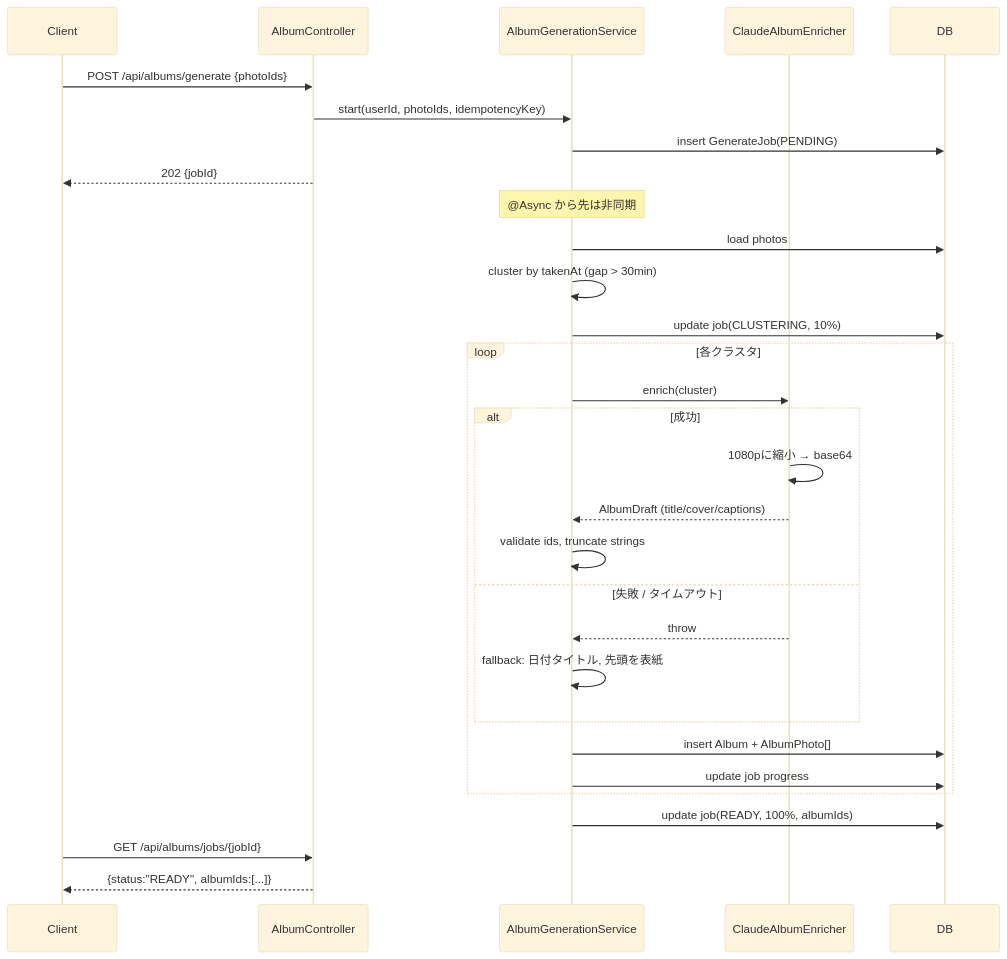
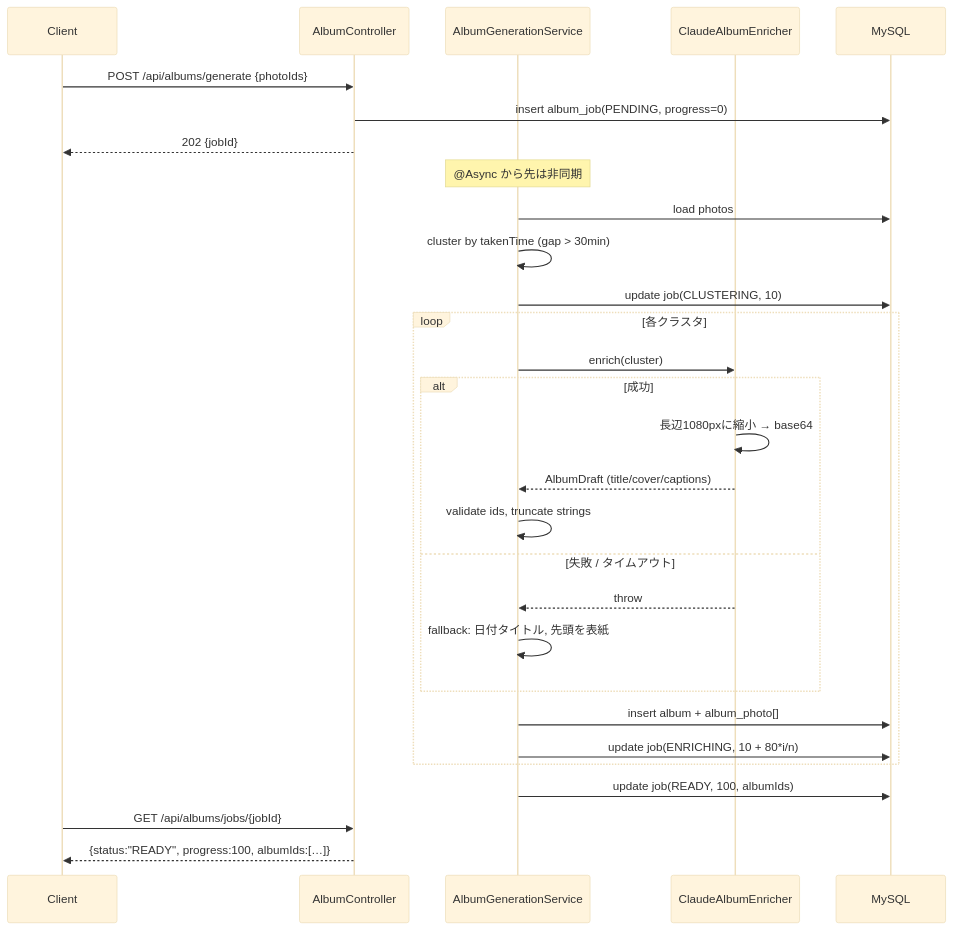
The second of 4 diagrams in docs/design/02-basic-design.md (higgs1729/hariHackason-ai), drawn with Mermaid (base theme) before and after one commit. The commit also changed other lines of this file and 4 other files, not shown here.

First line of the commit message:
Redesign schema and docs around MySQL with denormalised read paths

````diff
--- a/docs/design/02-basic-design.md
+++ b/docs/design/02-basic-design.md
@@ -191,37 +260,36 @@
 ```mermaid
 sequenceDiagram
     participant C as Client
     participant A as AlbumController
     participant G as AlbumGenerationService
     participant E as ClaudeAlbumEnricher
-    participant D as DB
+    participant D as MySQL
 
     C->>A: POST /api/albums/generate {photoIds}
-    A->>G: start(userId, photoIds, idempotencyKey)
-    G->>D: insert GenerateJob(PENDING)
+    A->>D: insert album_job(PENDING, progress=0)
     A-->>C: 202 {jobId}
 
     Note over G: @Async から先は非同期
 
     G->>D: load photos
-    G->>G: cluster by takenAt (gap > 30min)
-    G->>D: update job(CLUSTERING, 10%)
+    G->>G: cluster by takenTime (gap > 30min)
+    G->>D: update job(CLUSTERING, 10)
 
     loop 各クラスタ
         G->>E: enrich(cluster)
         alt 成功
-            E->>E: 1080pに縮小 → base64
+            E->>E: 長辺1080pxに縮小 → base64
             E-->>G: AlbumDraft (title/cover/captions)
             G->>G: validate ids, truncate strings
         else 失敗 / タイムアウト
             E-->>G: throw
             G->>G: fallback: 日付タイトル, 先頭を表紙
         end
-        G->>D: insert Album + AlbumPhoto[]
-        G->>D: update job progress
+        G->>D: insert album + album_photo[]
+        G->>D: update job(ENRICHING, 10 + 80*i/n)
     end
 
-    G->>D: update job(READY, 100%, albumIds)
+    G->>D: update job(READY, 100, albumIds)
     C->>A: GET /api/albums/jobs/{jobId}
-    A-->>C: {status:"READY", albumIds:[...]}
+    A-->>C: {status:"READY", progress:100, albumIds:[…]}
 ```
````
